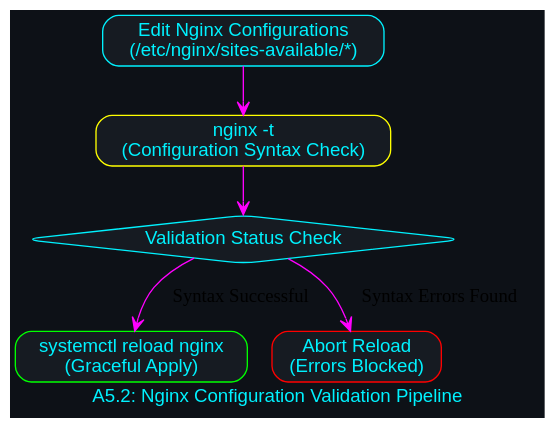
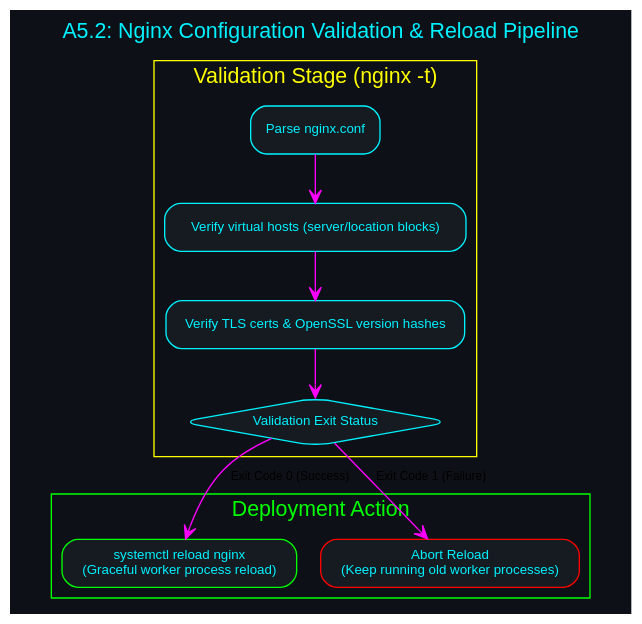
Before and after one commit to danindiana/hybrid-framework: the diagram in diagrams/compilations/pipeline_nginx_config_validation.dot, drawn with Graphviz. The commit also changed 74 other files, not shown here.

Commit message:
docs: expand compilation diagrams to include detailed subgraphs and annotations

```diff
--- a/diagrams/compilations/pipeline_nginx_config_validation.dot
+++ b/diagrams/compilations/pipeline_nginx_config_validation.dot
@@ -1,16 +1,30 @@
 digraph PipeNginxVal {
-        graph [bgcolor="#0d1117", fontname="Helvetica", fontcolor="#00f2ff", label="A5.2: Nginx Configuration Validation Pipeline"];
-        node [shape=box, style="filled,rounded", color="#00f2ff", fontcolor="#00f2ff", fillcolor="#161b22", fontname="Helvetica"];
-        edge [color="#ff00ff", arrowhead=vee];
+        graph [bgcolor="#0d1117", fontname="Helvetica", fontcolor="#00f2ff", label="A5.2: Nginx Configuration Validation & Reload Pipeline", labelloc="t", fontsize=16];
+        node [shape=box, style="filled,rounded", color="#00f2ff", fontcolor="#00f2ff", fillcolor="#161b22", fontname="Helvetica", fontsize=10];
+        edge [color="#ff00ff", arrowhead=vee, fontname="Helvetica", fontsize=9];
 
-        Config_Change [label="Edit Nginx Configurations\n(/etc/nginx/sites-available/*)"];
-        Syntax_Check [label="nginx -t\n(Configuration Syntax Check)", color="#ffff00"];
-        Check_Result [label="Validation Status Check", shape=diamond];
-        Reload_Service [label="systemctl reload nginx\n(Graceful Apply)", color="#00ff00"];
-        Stop_Deploy [label="Abort Reload\n(Errors Blocked)", color="#ff0000"];
+        subgraph cluster_validation {
+            label = "Validation Stage (nginx -t)";
+            color = "#ffff00";
+            fontcolor = "#ffff00";
+            Parse_Conf [label="Parse nginx.conf"];
+            Verify_Blocks [label="Verify virtual hosts (server/location blocks)"];
+            Verify_Certs [label="Verify TLS certs & OpenSSL version hashes"];
+            Syntax_Result [label="Validation Exit Status", shape=diamond];
+            
+            Parse_Conf -> Verify_Blocks;
+            Verify_Blocks -> Verify_Certs;
+            Verify_Certs -> Syntax_Result;
+        }
 
-        Config_Change -> Syntax_Check;
-        Syntax_Check -> Check_Result;
-        Check_Result -> Reload_Service [label="Syntax Successful"];
-        Check_Result -> Stop_Deploy [label="Syntax Errors Found"];
+        subgraph cluster_action {
+            label = "Deployment Action";
+            color = "#00ff00";
+            fontcolor = "#00ff00";
+            Reload_Cmd [label="systemctl reload nginx\n(Graceful worker process reload)", color="#00ff00"];
+            Abort_Action [label="Abort Reload\n(Keep running old worker processes)", color="#ff0000"];
+        }
+
+        Syntax_Result -> Reload_Cmd [label="Exit Code 0 (Success)"];
+        Syntax_Result -> Abort_Action [label="Exit Code 1 (Failure)"];
     }
```
